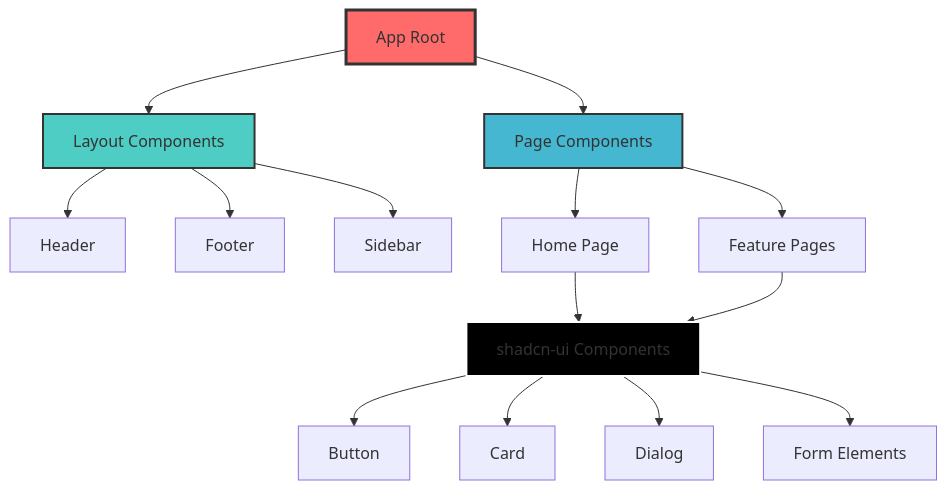
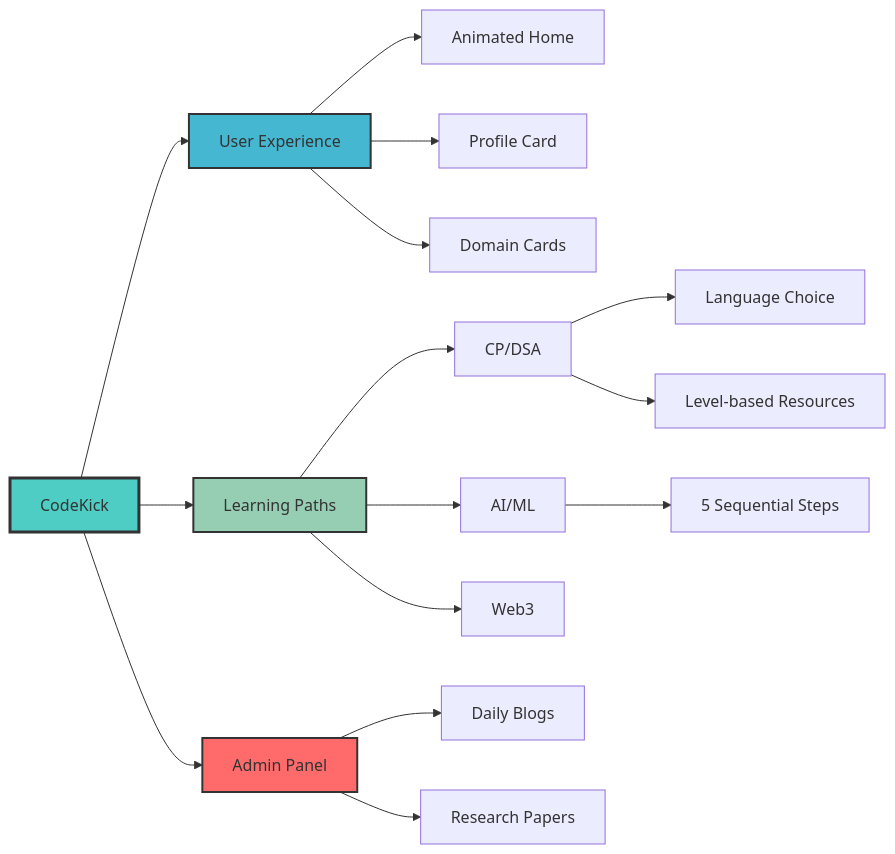
Before and after one commit to Failureguy94/codekick: the second of 2 diagrams in README.md, drawn with Mermaid. The commit also changed other lines of this file, not shown here.

````diff
--- a/README.md
+++ b/README.md
@@ -106,21 +152,27 @@
 ```mermaid
-graph TD
-    A[App Root] --> B[Layout Components]
-    A --> C[Page Components]
-    B --> D[Header]
-    B --> E[Footer]
-    B --> F[Sidebar]
-    C --> G[Home Page]
-    C --> H[Feature Pages]
-    G --> I[shadcn-ui Components]
-    H --> I
-    I --> J[Button]
-    I --> K[Card]
-    I --> L[Dialog]
-    I --> M[Form Elements]
+graph LR
+    A[CodeKick] --> B[User Experience]
+    A --> C[Learning Paths]
+    A --> D[Admin Panel]
     
-    style A fill:#FF6B6B,stroke:#333,stroke-width:3px
-    style B fill:#4ECDC4,stroke:#333,stroke-width:2px
-    style C fill:#45B7D1,stroke:#333,stroke-width:2px
-    style I fill:#000000,stroke:#fff,stroke-width:2px
+    B --> E[Animated Home]
+    B --> F[Profile Card]
+    B --> G[Domain Cards]
+    
+    C --> H[CP/DSA]
+    C --> I[AI/ML]
+    C --> J[Web3]
+    
+    H --> K[Language Choice]
+    H --> L[Level-based Resources]
+    
+    I --> M[5 Sequential Steps]
+    
+    D --> N[Daily Blogs]
+    D --> O[Research Papers]
+    
+    style A fill:#4ECDC4,stroke:#333,stroke-width:3px
+    style B fill:#45B7D1,stroke:#333,stroke-width:2px
+    style C fill:#96CEB4,stroke:#333,stroke-width:2px
+    style D fill:#FF6B6B,stroke:#333,stroke-width:2px
 ```
````
